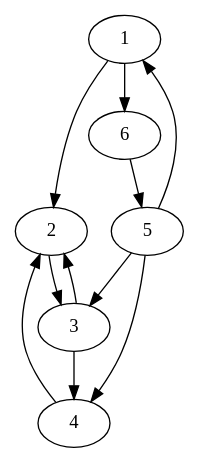
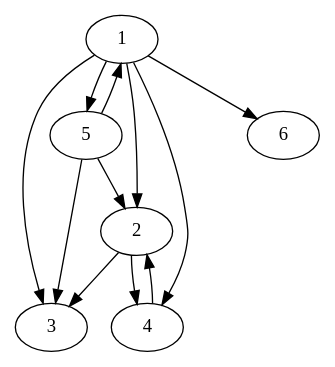
The diagram in out/production/untitled/output/dot/all.dot (hoanghailongvn/HUST_OOP), drawn with Graphviz before and after one commit. The commit also changed 15 other files, not shown here.

```diff
--- a/out/production/untitled/output/dot/all.dot
+++ b/out/production/untitled/output/dot/all.dot
@@ -1,14 +1,14 @@
 strict digraph myGraph {
 1 -> 2
- -> 3
+1 -> 3
 2 -> 3
- -> 4
+2 -> 4
 5 -> 3
- -> 2
+5 -> 2
 1 -> 6
- -> 5
- -> 4
- -> 2
+1 -> 5
+1 -> 4
+1 -> 2
 4 -> 2
 5 -> 1
 }
```
